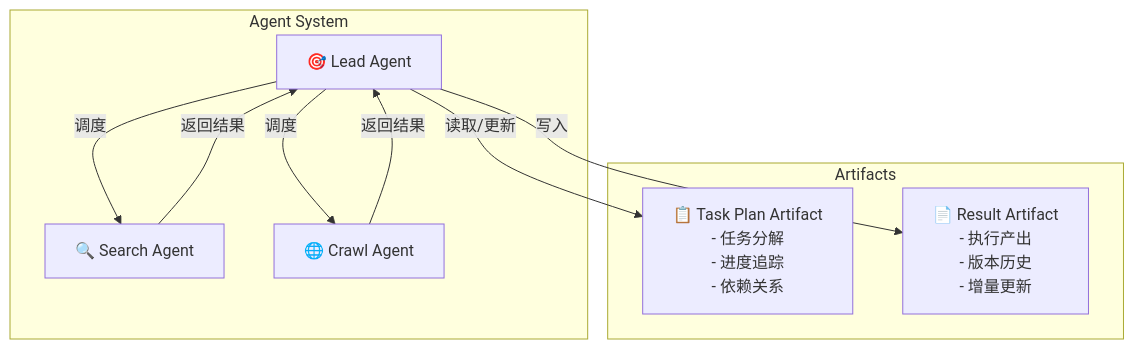
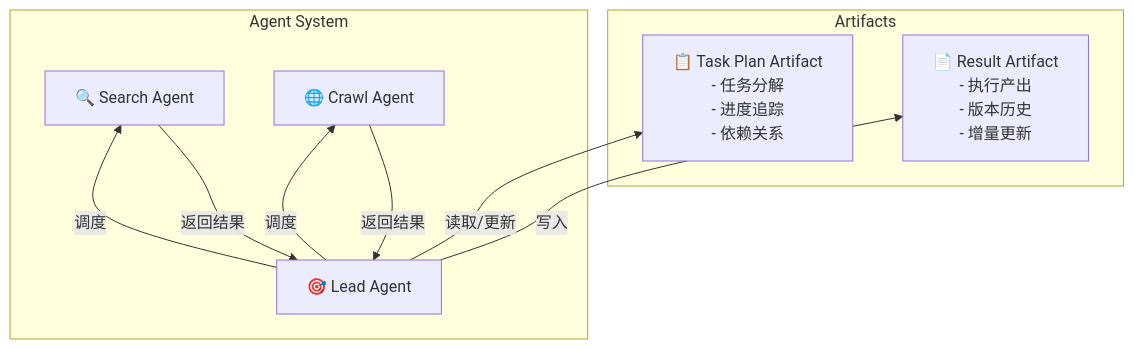
Before and after one commit to Neutrino1998/artifact-flow: the diagram in docs/index.md, drawn with Mermaid. The commit also changed 2 other files, not shown here.

Commit message:
fix: 1. 双 Artifact 架构图 - 改用 flowchart BT（bottom to top），Artifacts 框在上方                                                                                       2. 状态机图示 - 简化为 Lead → Search 的例子，移除了 Crawl 的重复连线，添加了说明                                                                                      3. 仓库链接 - 修正为 https://github.com/Neutrino1998/artifact-flow

````diff
--- a/docs/index.md
+++ b/docs/index.md
@@ -19,20 +19,20 @@
 ```mermaid
-flowchart TB
-    subgraph Artifacts["Artifacts"]
-        TaskPlan["📋 Task Plan Artifact<br/>- 任务分解<br/>- 进度追踪<br/>- 依赖关系"]
-        Result["📄 Result Artifact<br/>- 执行产出<br/>- 版本历史<br/>- 增量更新"]
-    end
-
+flowchart BT
     subgraph Agents["Agent System"]
         Lead["🎯 Lead Agent"]
         Search["🔍 Search Agent"]
         Crawl["🌐 Crawl Agent"]
+    end
+
+    subgraph Artifacts["Artifacts"]
+        TaskPlan["📋 Task Plan Artifact<br/>- 任务分解<br/>- 进度追踪<br/>- 依赖关系"]
+        Result["📄 Result Artifact<br/>- 执行产出<br/>- 版本历史<br/>- 增量更新"]
     end
 
     Lead -->|读取/更新| TaskPlan
     Lead -->|写入| Result
     Lead -->|调度| Search
     Lead -->|调度| Crawl
     Search -->|返回结果| Lead
     Crawl -->|返回结果| Lead
 ```
````
